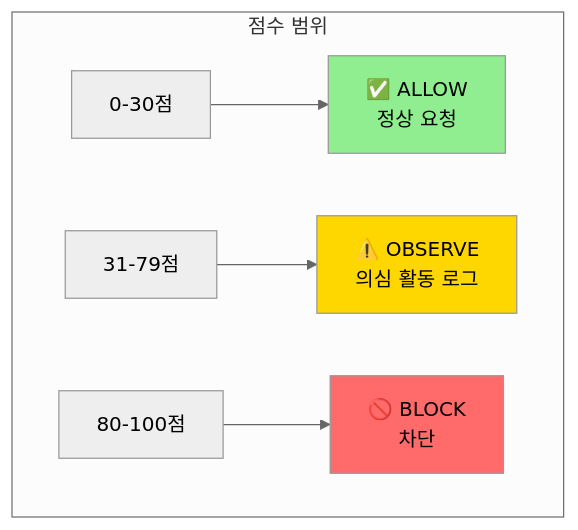
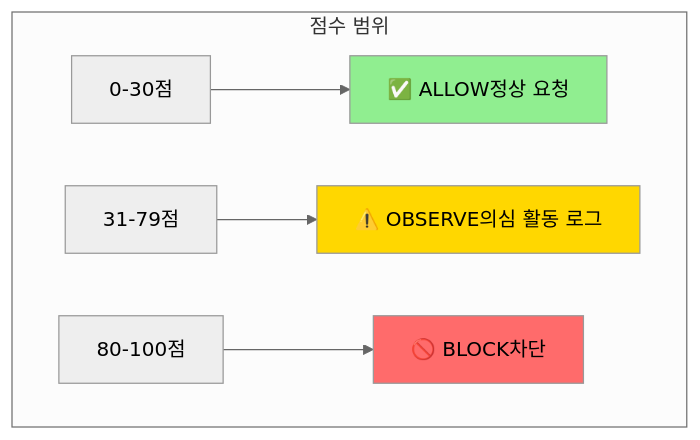
Before and after one commit to BrianChanLEE/jwt-waf: the fifth of 7 diagrams in README.md, drawn with Mermaid (neutral theme). The commit also changed other lines of this file and 3 other files, not shown here.

````diff
--- a/README.md
+++ b/README.md
@@ -207,12 +207,12 @@
 ```mermaid
 graph TD
     subgraph "점수 범위"
-        A[0-30점] --> Allow[✅ ALLOW<br/>정상 요청]
-        B[31-79점] --> Observe[⚠️ OBSERVE<br/>의심 활동 로그]
-        C[80-100점] --> Block[🚫 BLOCK<br/>차단]
+        A[0-30점] --> Allow[✅ ALLOW정상 요청]
+        B[31-79점] --> Observe[⚠️ OBSERVE의심 활동 로그]
+        C[80-100점] --> Block[🚫 BLOCK차단]
     end
     
     style Allow fill:#90EE90
     style Observe fill:#FFD700
     style Block fill:#FF6B6B
 ```
````
